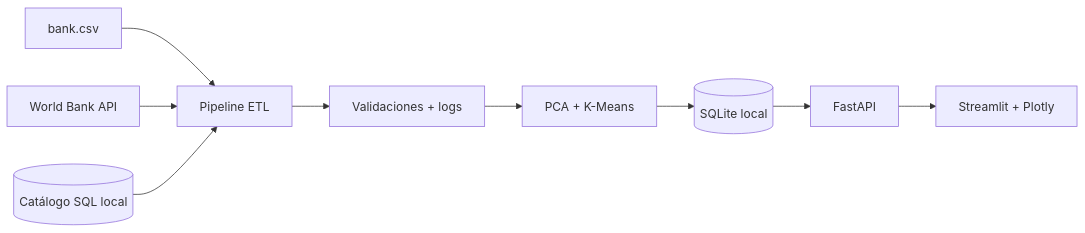
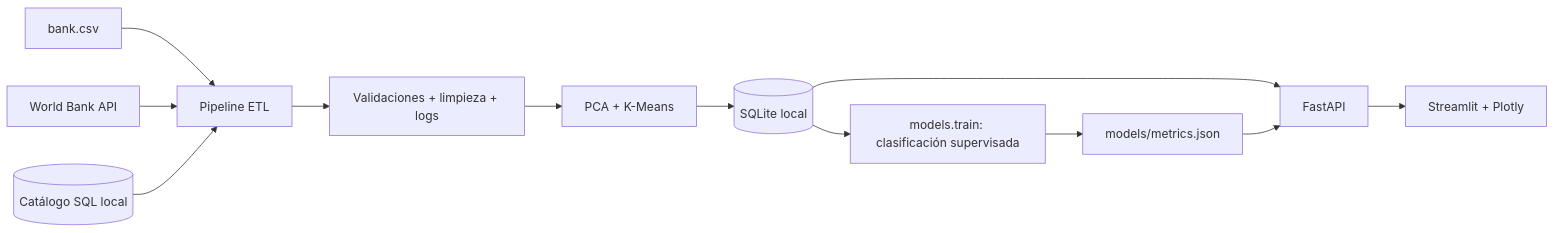
Before and after one commit to PalominosAngel/bank-marketing-analytics_EV3: the diagram in docs/arquitectura.md, drawn with Mermaid. The commit also changed other lines of this file and 23 other files, not shown here.

First line of the commit message:
feat(models): agrega clasificacion supervisada y cierra brechas de la pauta EFT

````diff
--- a/docs/arquitectura.md
+++ b/docs/arquitectura.md
@@ -17,11 +17,14 @@
 ```mermaid
 flowchart LR
     CSV[bank.csv] --> ETL[Pipeline ETL]
     APIEXT[World Bank API] --> ETL
     SQLREF[(Catálogo SQL local)] --> ETL
-    ETL --> VAL[Validaciones + logs]
+    ETL --> VAL[Validaciones + limpieza + logs]
     VAL --> SEG[PCA + K-Means]
     SEG --> DB[(SQLite local)]
+    DB --> TRAIN[models.train: clasificación supervisada]
+    TRAIN --> METRICS[models/metrics.json]
     DB --> API[FastAPI]
+    METRICS --> API
     API --> DASH[Streamlit + Plotly]
 ```
````
